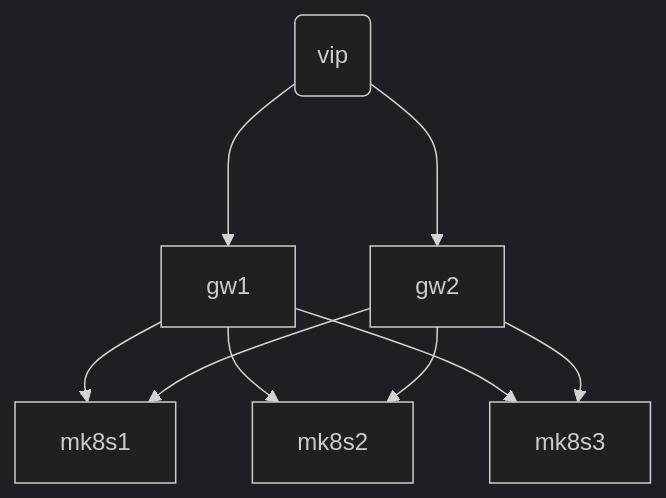
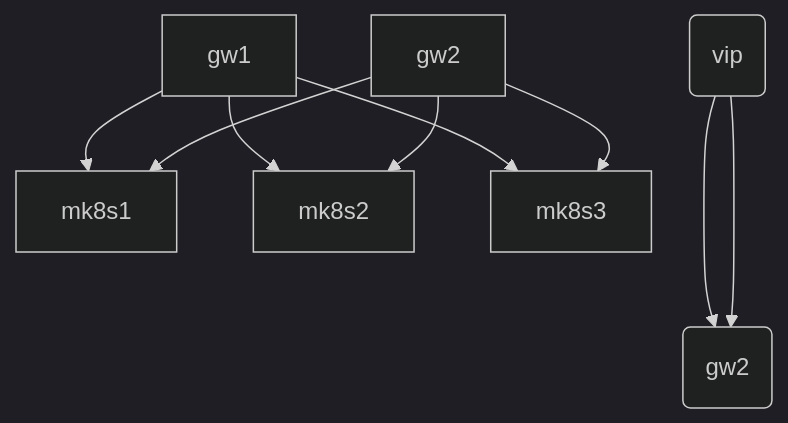
The diagram in README.md (PrimeEuler/microcloud), drawn with Mermaid (dark theme) before and after one commit.

````diff
--- a/README.md
+++ b/README.md
@@ -4,11 +4,11 @@
 ```mermaid
 graph TD;
-    B(vip)--->gw1;
-    B(vip)--->gw2;
+    A(vip)--->B(gw1);
+    A(vip)--->B(gw2);
     gw1-->mk8s1;
     gw1-->mk8s2;
     gw1-->mk8s3;
     gw2-->mk8s1;
     gw2-->mk8s2;
     gw2-->mk8s3;
 ```
````
